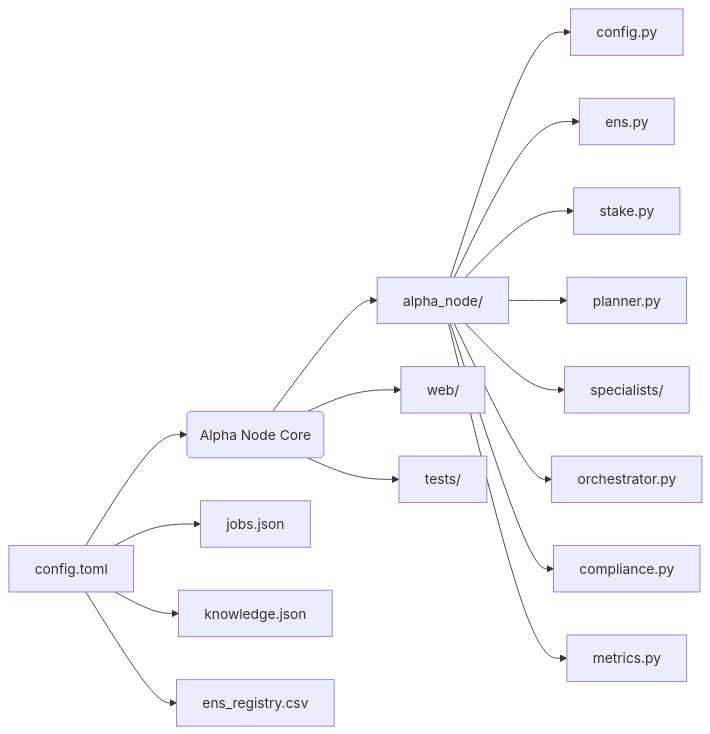
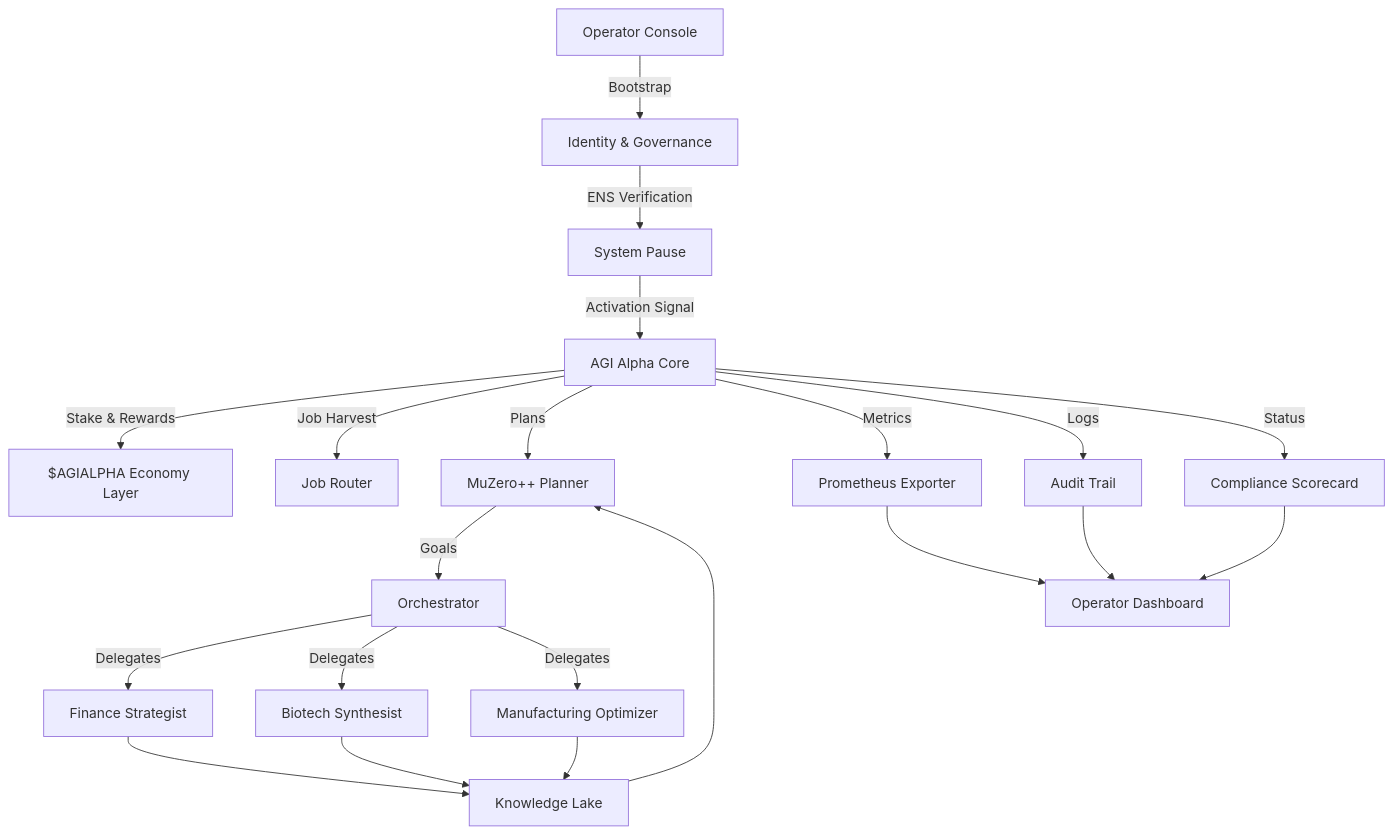
Before and after one commit to MontrealAI/AGIJobsv0: the diagram in demo/AGI-Alpha-Node-v0/README.md, drawn with Mermaid. The commit also changed other lines of this file and 19 other files, not shown here.

Commit message:
feat: add AGI Alpha Node demo runtime

````diff
--- a/demo/AGI-Alpha-Node-v0/README.md
+++ b/demo/AGI-Alpha-Node-v0/README.md
@@ -40,18 +19,19 @@
 ```mermaid
-flowchart LR
-    A[config.toml] --> B(Alpha Node Core)
-    B --> C[alpha_node/]
-    C --> C1[config.py]
-    C --> C2[ens.py]
-    C --> C3[stake.py]
-    C --> C4[planner.py]
-    C --> C5[specialists/]
-    C --> C6[orchestrator.py]
-    C --> C7[compliance.py]
-    C --> C8[metrics.py]
-    A --> D[jobs.json]
-    A --> E[knowledge.json]
-    A --> F[ens_registry.csv]
-    B --> G[web/]
-    B --> H[tests/]
+flowchart TD
+    A[Operator Console] -->|Bootstrap| B[Identity & Governance]
+    B -->|ENS Verification| C[System Pause]
+    C -->|Activation Signal| D[AGI Alpha Core]
+    D -->|Stake & Rewards| E[$AGIALPHA Economy Layer]
+    D -->|Job Harvest| F[Job Router]
+    D -->|Plans| G[MuZero++ Planner]
+    G -->|Goals| H[Orchestrator]
+    H -->|Delegates| I[Finance Strategist]
+    H -->|Delegates| J[Biotech Synthesist]
+    H -->|Delegates| K[Manufacturing Optimizer]
+    I & J & K --> L[Knowledge Lake]
+    L --> G
+    D -->|Metrics| M[Prometheus Exporter]
+    D -->|Logs| N[Audit Trail]
+    D -->|Status| O[Compliance Scorecard]
+    M & N & O --> P[Operator Dashboard]
 ```
````
